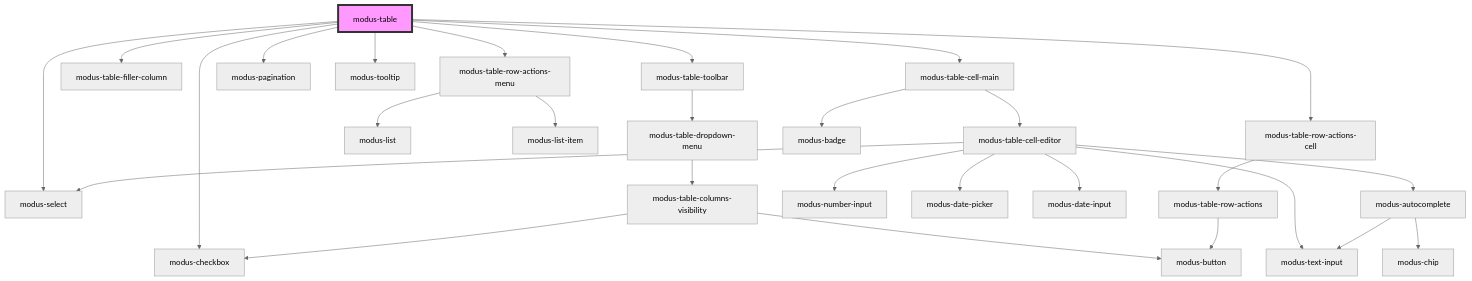
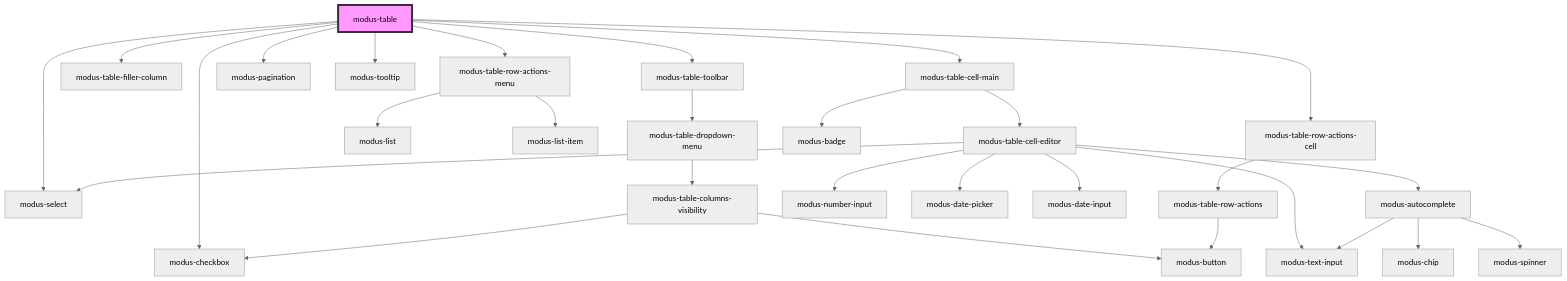
The diagram in stencil-workspace/src/components/modus-table/readme.md (trimble-oss/modus-web-components), drawn with Mermaid (neutral theme) before and after one commit. The commit also changed 6 other files, not shown here.

````diff
--- a/stencil-workspace/src/components/modus-table/readme.md
+++ b/stencil-workspace/src/components/modus-table/readme.md
@@ -133,31 +133,32 @@
 ```mermaid
 graph TD;
   modus-table --> modus-table-toolbar
   modus-table --> modus-table-filler-column
   modus-table --> modus-table-row-actions-menu
   modus-table --> modus-select
   modus-table --> modus-pagination
   modus-table --> modus-tooltip
   modus-table --> modus-checkbox
   modus-table --> modus-table-row-actions-cell
   modus-table --> modus-table-cell-main
   modus-table-toolbar --> modus-table-dropdown-menu
   modus-table-dropdown-menu --> modus-table-columns-visibility
   modus-table-columns-visibility --> modus-checkbox
   modus-table-columns-visibility --> modus-button
   modus-table-row-actions-menu --> modus-list
   modus-table-row-actions-menu --> modus-list-item
   modus-table-row-actions-cell --> modus-table-row-actions
   modus-table-row-actions --> modus-button
   modus-table-cell-main --> modus-table-cell-editor
   modus-table-cell-main --> modus-badge
   modus-table-cell-editor --> modus-number-input
   modus-table-cell-editor --> modus-text-input
   modus-table-cell-editor --> modus-select
   modus-table-cell-editor --> modus-date-picker
   modus-table-cell-editor --> modus-date-input
   modus-table-cell-editor --> modus-autocomplete
   modus-autocomplete --> modus-text-input
   modus-autocomplete --> modus-chip
+  modus-autocomplete --> modus-spinner
   style modus-table fill:#f9f,stroke:#333,stroke-width:4px
 ```
````
